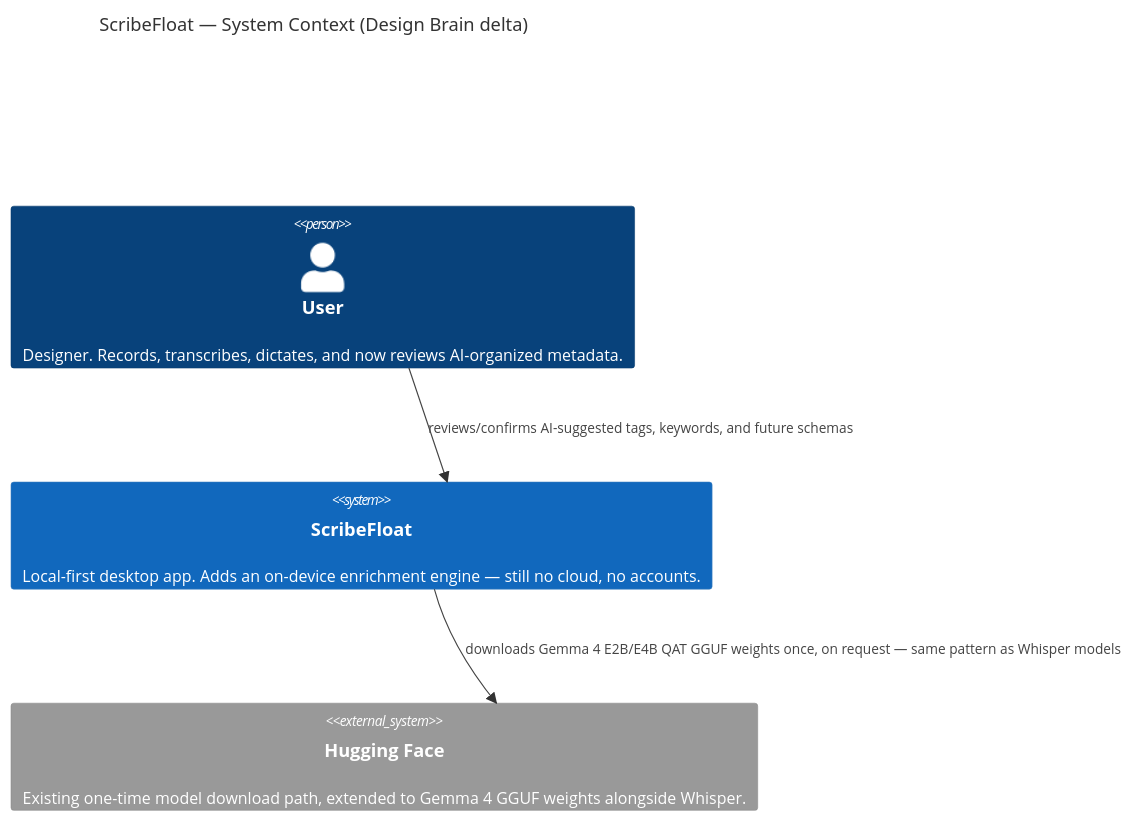
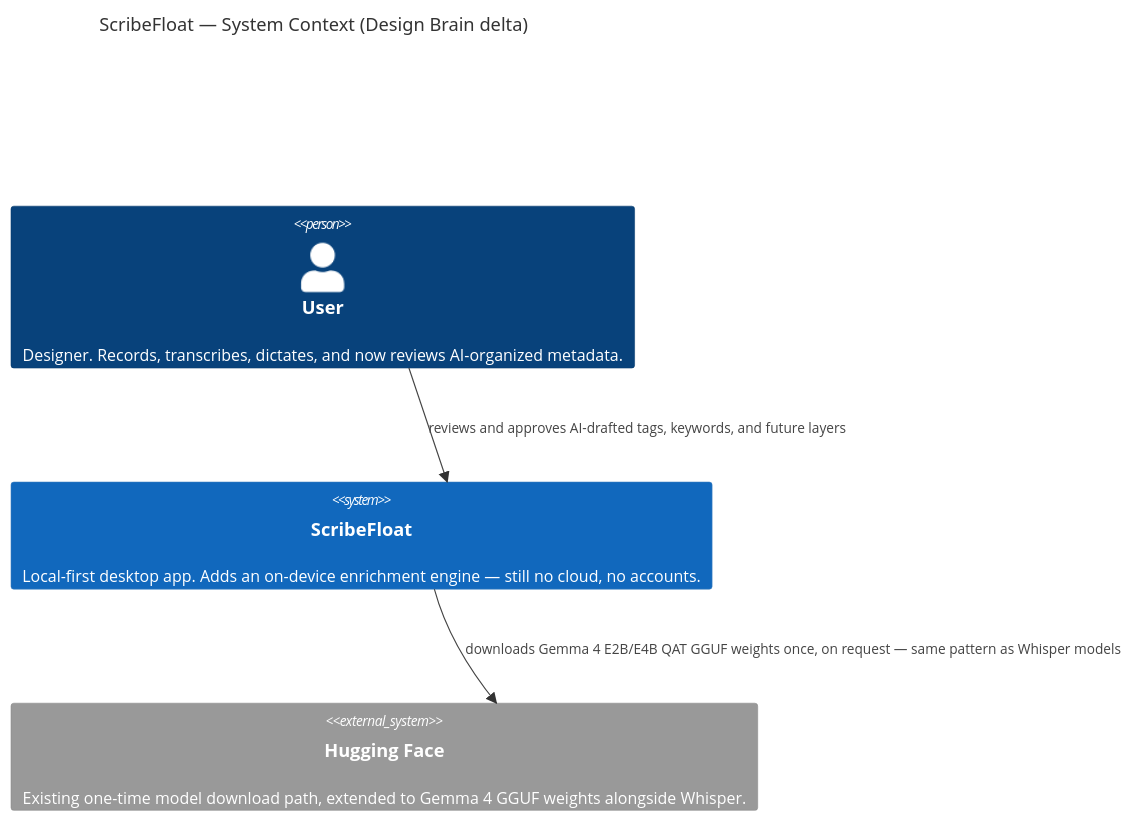
The fifth of 6 diagrams in docs/design-brain-prd.md (Lenniott/scribeFloat), drawn with Mermaid before and after one commit. The commit also changed other lines of this file, not shown here.

````diff
--- a/docs/design-brain-prd.md
+++ b/docs/design-brain-prd.md
@@ -161,11 +201,11 @@
 ```mermaid
 C4Context
     title ScribeFloat — System Context (Design Brain delta)
 
     Person(user, "User", "Designer. Records, transcribes, dictates, and now reviews AI-organized metadata.")
     System(scribefloat, "ScribeFloat", "Local-first desktop app. Adds an on-device enrichment engine — still no cloud, no accounts.")
     System_Ext(hf, "Hugging Face", "Existing one-time model download path, extended to Gemma 4 GGUF weights alongside Whisper.")
 
-    Rel(user, scribefloat, "reviews/confirms AI-suggested tags, keywords, and future schemas")
+    Rel(user, scribefloat, "reviews and approves AI-drafted tags, keywords, and future layers")
     Rel(scribefloat, hf, "downloads Gemma 4 E2B/E4B QAT GGUF weights once, on request — same pattern as Whisper models")
 ```
````
